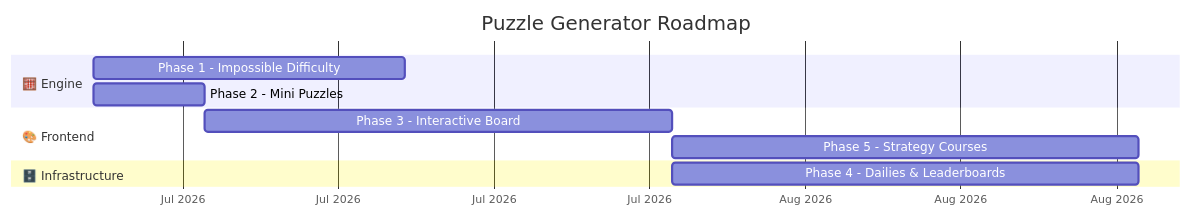
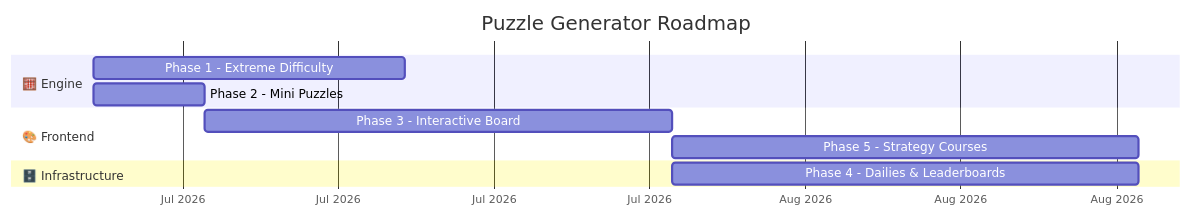
Before and after one commit to zfert99/Puzzle-Generator: the third of 4 diagrams in Docs/roadmap.md, drawn with Mermaid. The commit also changed other lines of this file and 1 other file, not shown here.

Commit message:
docs: rename Impossible to Extreme, fix roadmap lint errors and broken links

````diff
--- a/Docs/roadmap.md
+++ b/Docs/roadmap.md
@@ -310,17 +331,17 @@
 ```mermaid
 gantt
     title Puzzle Generator Roadmap
     dateFormat YYYY-MM-DD
     axisFormat %b %Y
 
     section 🧮 Engine
-    Phase 1 - Impossible Difficulty     :p1, 2026-07-01, 14d
+    Phase 1 - Extreme Difficulty        :p1, 2026-07-01, 14d
     Phase 2 - Mini Puzzles              :p2, 2026-07-01, 5d
 
     section 🎨 Frontend
     Phase 3 - Interactive Board         :p3, after p2, 21d
     Phase 5 - Strategy Courses          :p5, after p3, 21d
 
     section 🗄️ Infrastructure
     Phase 4 - Dailies & Leaderboards    :p4, after p3, 21d
 ```
````
